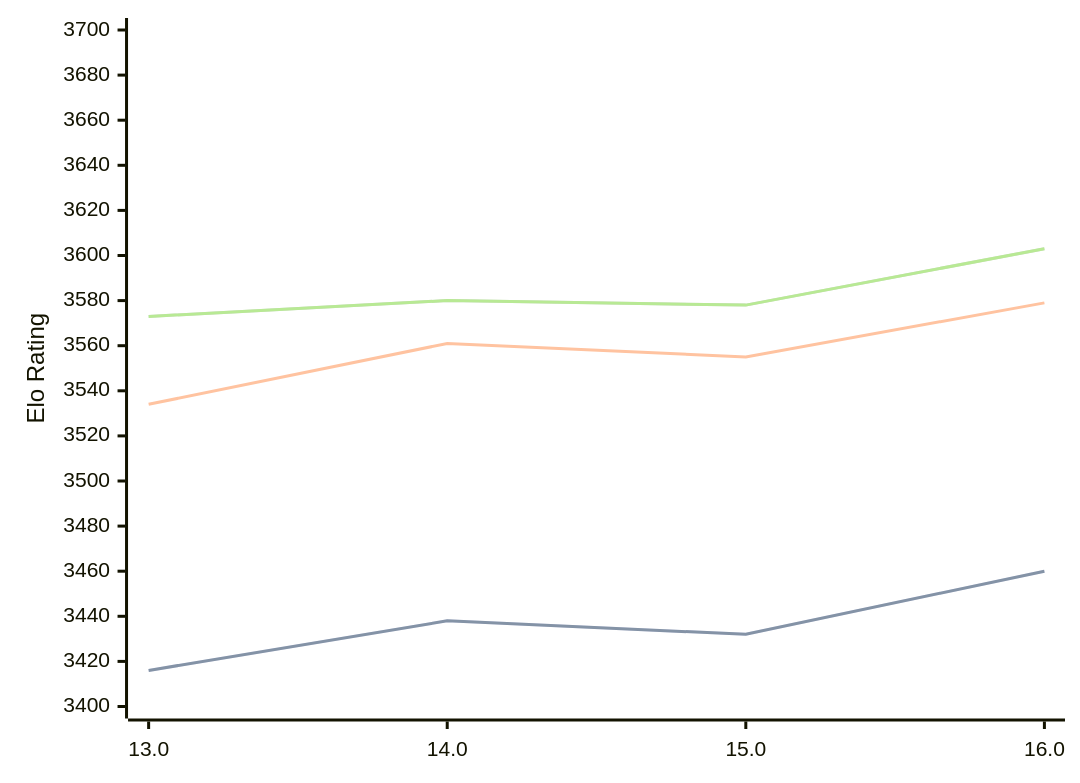
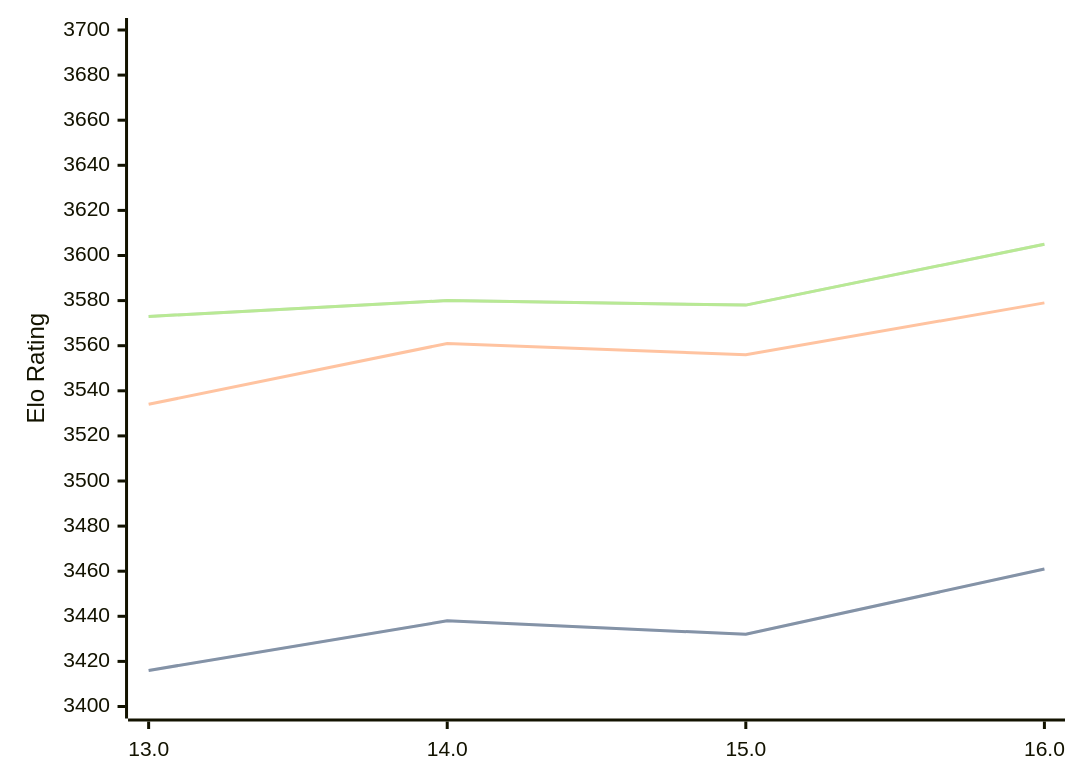
One commit to computer-chess-index/cci changed the diagram in engines/Obsidian.md. Above: the diagram before and after it, drawn with Mermaid. The commit also changed other lines of this file, not shown here.

Commit message:
Update CCI Ratings (ELO VLTC) - 2026-04-01

````diff
--- a/engines/Obsidian.md
+++ b/engines/Obsidian.md
@@ -43,11 +43,11 @@
 ```mermaid
 %%{init: {"theme":"base","themeVariables":{"seriesColors:['#a3a3a3','#222221','#faa371']}}}%%
 xychart-beta
   x-axis ["13.0", "14.0", "15.0", "16.0"]
   y-axis "Elo Rating" 3400 --> 3700
-  line "STC (8.0+0.08s)" [3416, 3438, 3432, 3460]
-  line "STC (8.0+0.08s)" [3416, 3438, 3432, 3460]
-  line "LTC (60.0+0.60s)" [3534, 3561, 3555, 3579]
-  line "VLTC (2m24s+1.12s)" [3573, 3580, 3578, 3603]
-  line "VLTC (2m24s+1.12s)" [3573, 3580, 3578, 3603]
+  line "STC (8.0+0.08s)" [3416, 3438, 3432, 3461]
+  line "STC (8.0+0.08s)" [3416, 3438, 3432, 3461]
+  line "LTC (60.0+0.60s)" [3534, 3561, 3556, 3579]
+  line "VLTC (2m24s+1.12s)" [3573, 3580, 3578, 3605]
+  line "VLTC (2m24s+1.12s)" [3573, 3580, 3578, 3605]
 ```
````
